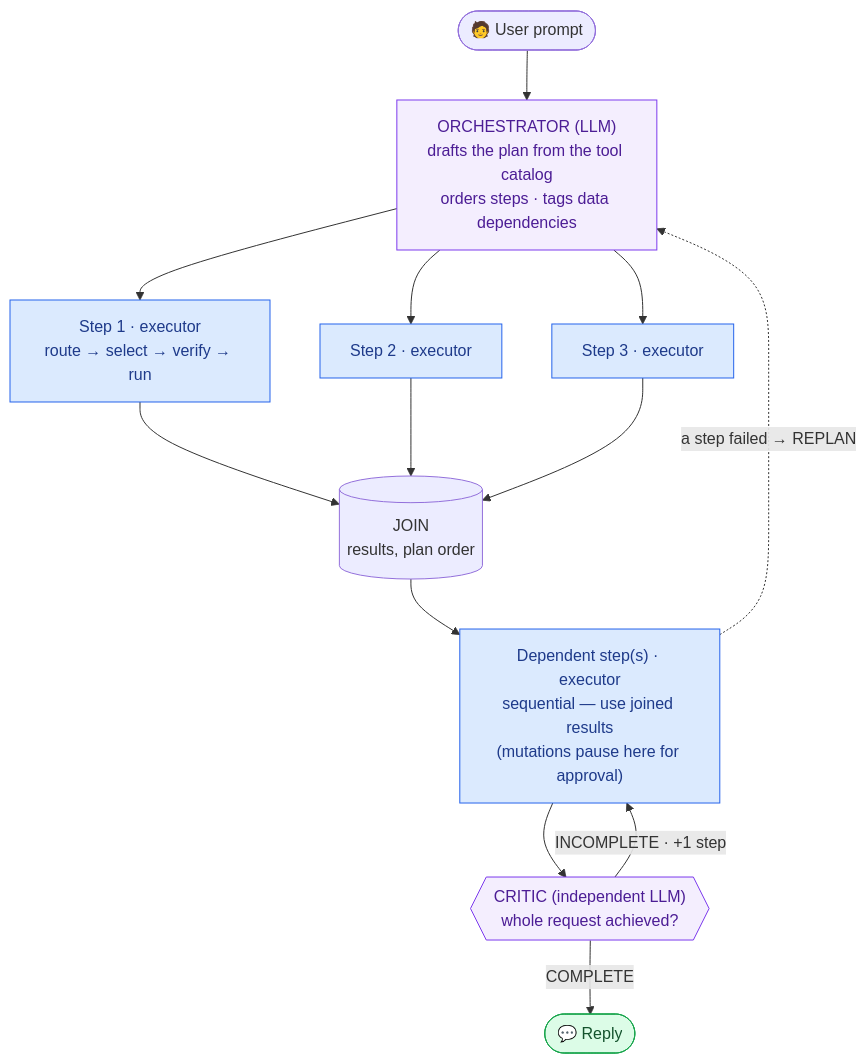
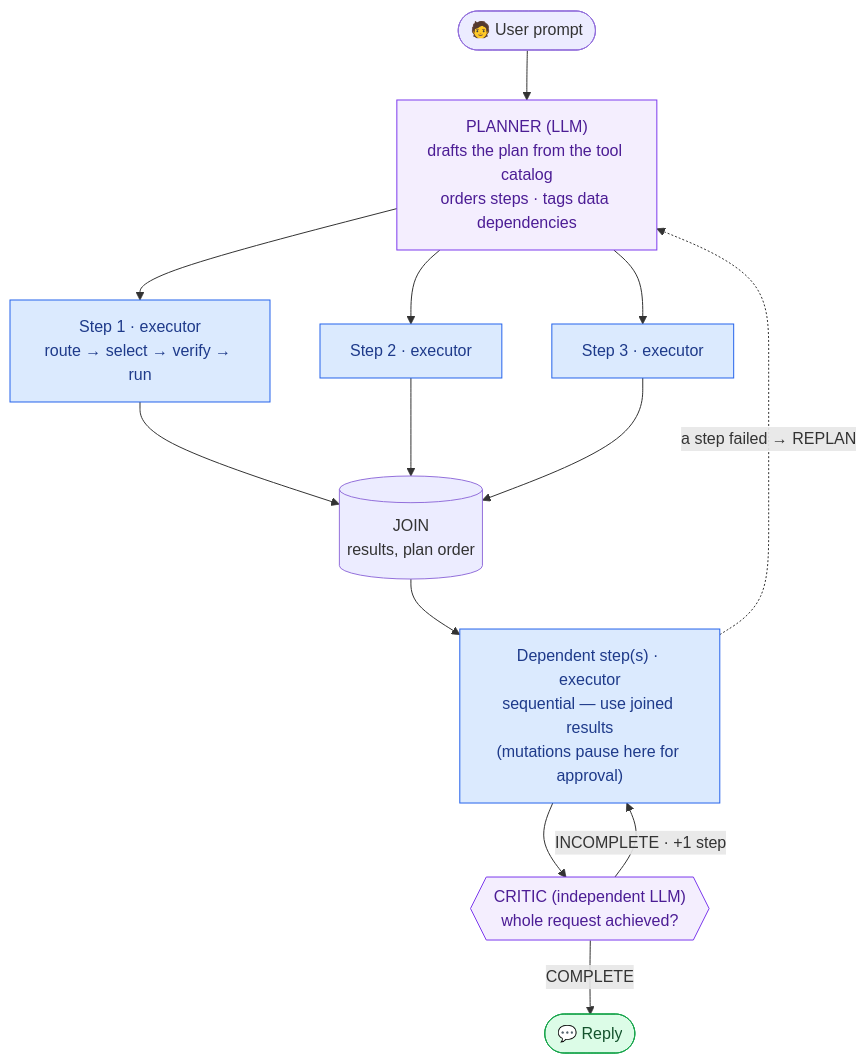
The first of 2 diagrams in AGENT_ARCHITECTURE.md (hnegi01/fes-assistant), drawn with Mermaid before and after one commit. The commit also changed other lines of this file and 8 other files, not shown here.

First line of the commit message:
refactor: correct terminology — planner (drafts the plan) vs orchestrator (the loop)

````diff
--- a/AGENT_ARCHITECTURE.md
+++ b/AGENT_ARCHITECTURE.md
@@ -62,26 +63,26 @@
 ```mermaid
 flowchart TD
     U(["🧑 User prompt"]) --> ORC
 
-    ORC["ORCHESTRATOR (LLM)<br/>drafts the plan from the tool catalog<br/>orders steps · tags data dependencies"]
+    ORC["PLANNER (LLM)<br/>drafts the plan from the tool catalog<br/>orders steps · tags data dependencies"]
     ORC --> S1["Step 1 · executor<br/>route → select → verify → run"]
     ORC --> S2["Step 2 · executor"]
     ORC --> S3["Step 3 · executor"]
 
     S1 --> J[("JOIN<br/>results, plan order")]
     S2 --> J
     S3 --> J
 
     J --> DEP["Dependent step(s) · executor<br/>sequential — use joined results<br/>(mutations pause here for approval)"]
     DEP --> CR{{"CRITIC (independent LLM)<br/>whole request achieved?"}}
     CR -->|"INCOMPLETE · +1 step"| DEP
     CR -->|"COMPLETE"| ANS(["💬 Reply"])
     DEP -. "a step failed → REPLAN" .-> ORC
 
     classDef term fill:#dcfce7,stroke:#16a34a,color:#14532d;
     classDef orch fill:#f4eefe,stroke:#7c3aed,color:#4c1d95;
     classDef exec fill:#dbeafe,stroke:#2563eb,color:#1e3a8a;
     class ANS term
     class ORC,CR orch
     class S1,S2,S3,DEP exec
 ```
````
